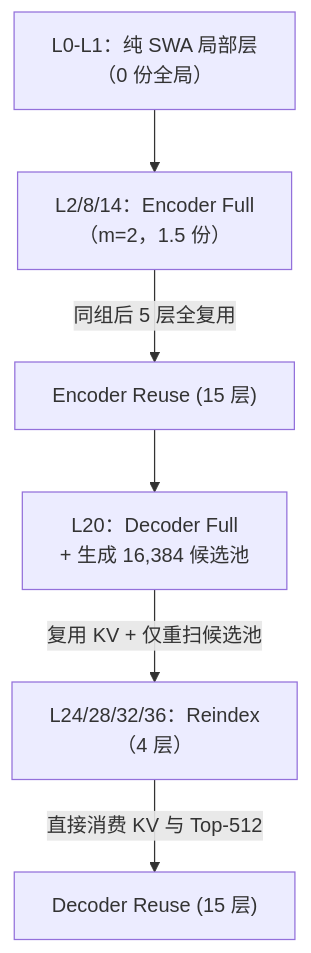
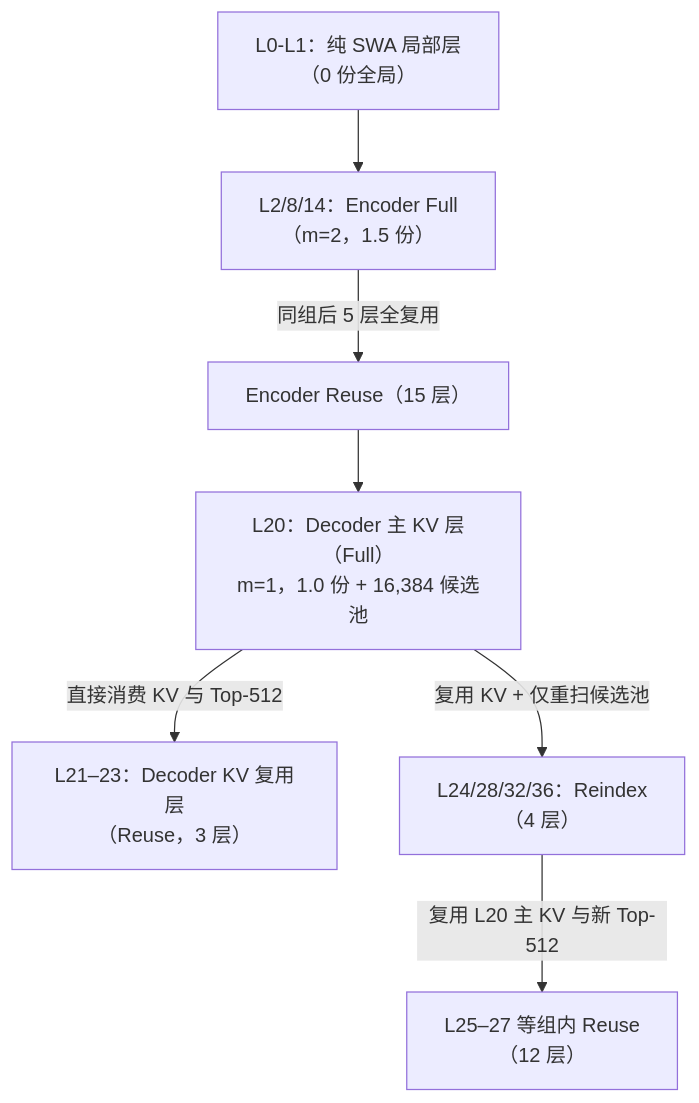
One commit to xingcanlee/infra-note changed the diagram in src/content/posts/deepseek/05-csa2-and-ced/index.mdx. Above: the diagram before and after it, drawn with Mermaid. The commit also changed other lines of this file and 100 other files, not shown here.

Commit message:
docs: refine prose style, industry terminology, explainers, and diagrams across all series

````diff
--- a/src/content/posts/deepseek/05-csa2-and-ced/index.mdx
+++ b/src/content/posts/deepseek/05-csa2-and-ced/index.mdx
@@ -37,8 +50,9 @@
 ```mermaid caption="图 2：40 层 CSA2 Full/Reindex/Reuse 静态复用拓扑"
 flowchart TD
     SWA["L0-L1：纯 SWA 局部层<br/>（0 份全局）"] --> ENC_F["L2/8/14：Encoder Full<br/>（m=2，1.5 份）"]
-    ENC_F -->|"同组后 5 层全复用"| ENC_R["Encoder Reuse (15 层)"]
-    ENC_R --> DEC_F["L20：Decoder Full<br/>+ 生成 16,384 候选池"]
+    ENC_F -->|"同组后 5 层全复用"| ENC_R["Encoder Reuse（15 层）"]
+    ENC_R --> DEC_F["L20：Decoder 主 KV 层（Full）<br/>m=1，1.0 份 + 16,384 候选池"]
+    DEC_F -->|"直接消费 KV 与 Top-512"| DEC_RU1["L21–23：Decoder KV 复用层<br/>（Reuse，3 层）"]
     DEC_F -->|"复用 KV + 仅重扫候选池"| DEC_RI["L24/28/32/36：Reindex<br/>（4 层）"]
-    DEC_RI -->|"直接消费 KV 与 Top-512"| DEC_RU["Decoder Reuse (15 层)"]
+    DEC_RI -->|"复用 L20 主 KV 与新 Top-512"| DEC_RU2["L25–27 等组内 Reuse<br/>（12 层）"]
 ```
````
